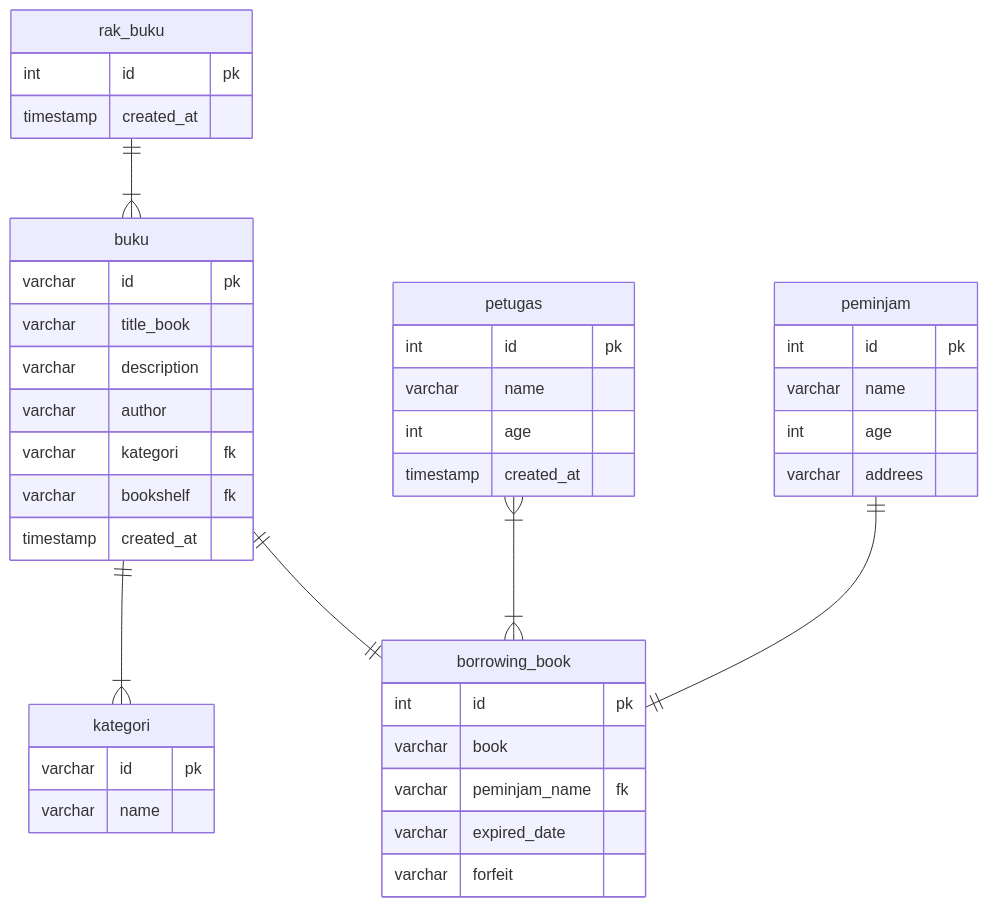
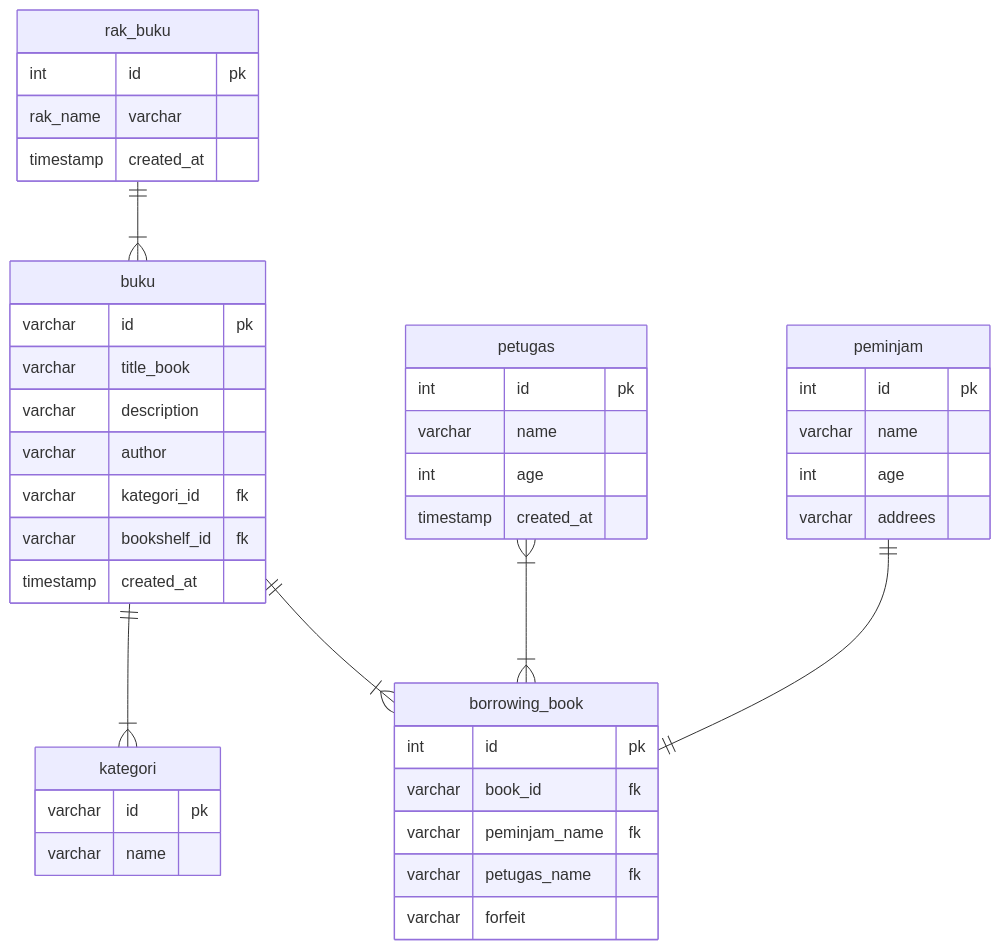
One commit to AbiPasundan/koda-b6-db1 changed the diagram in README.md. Above: the diagram before and after it, drawn with Mermaid. The commit also changed 1 other file, not shown here.

Commit message:
feat: create relation borrow_book and book

````diff
--- a/README.md
+++ b/README.md
@@ -3,49 +3,50 @@
 ```mermaid
 
 erDiagram
     buku ||--|{kategori: ""
     petugas }|--|{borrowing_book: ""
 
     buku {
         varchar id pk
         varchar title_book
         varchar description
         varchar author
-        varchar kategori fk
-        varchar bookshelf fk
+        varchar kategori_id fk
+        varchar bookshelf_id fk
         timestamp created_at
     }
 
     kategori {
         varchar id pk
         varchar name
     }
 
     rak_buku||--|{buku : ""
     rak_buku {
         int id pk
+        rak_name varchar
         timestamp created_at
     }
     petugas {
         int id pk
         varchar name
         int age
         timestamp created_at
     }
     peminjam ||--||borrowing_book: ""
     peminjam {
         int id pk
         varchar name
         int age
         varchar addrees
     }
 
-    buku ||--||borrowing_book: ""
+    buku ||--|{borrowing_book: ""
     borrowing_book {
         int id pk
-        varchar book
+        varchar book_id fk
         varchar peminjam_name fk
-        varchar expired_date
+        varchar petugas_name fk
         varchar forfeit
     }
 ```
````
